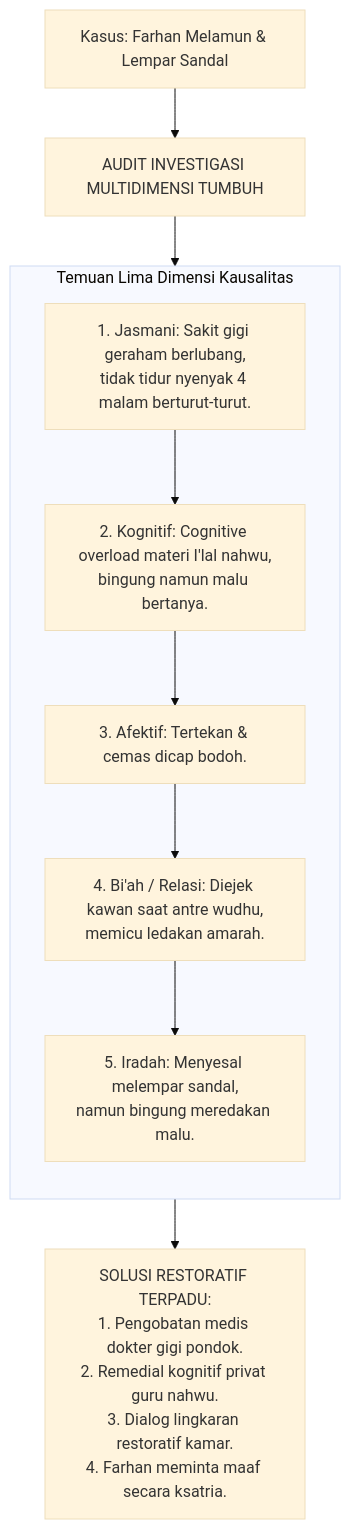
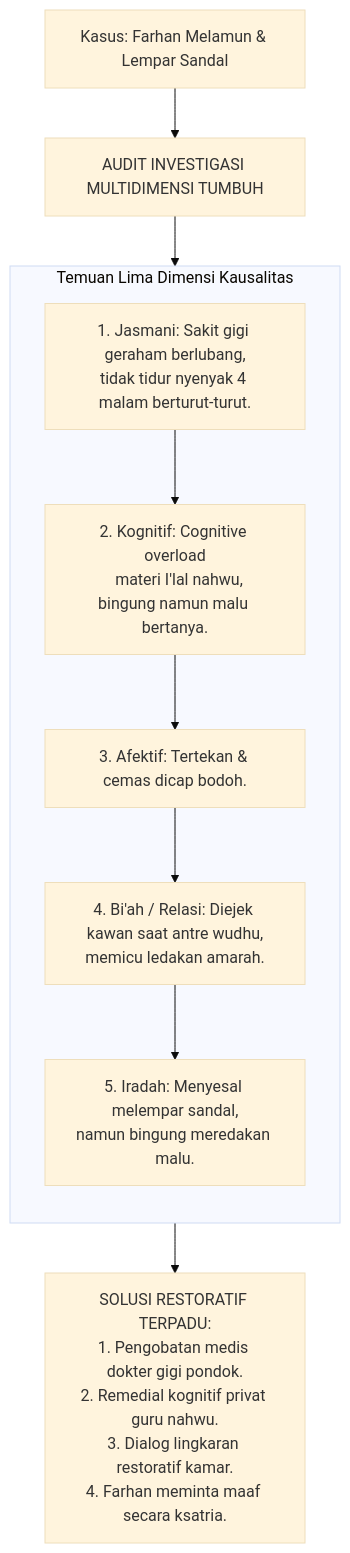
One commit to wandiapriliyandi/tumbuh changed the fifth of 6 diagrams in BOOK Series 1/01-The-Fundamental-of-TUMBUH/Bab-04-Antropologi-Jiwa-Santri-Hakikat-Fitrah-dan-Komponen-Kejiwaan.md. Above: the diagram before and after it, drawn with Mermaid (base theme). The commit also changed other lines of this file and 37 other files, not shown here.

Commit message:
fix(book-01): optimasi pemenggalan teks dan overflow seluruh diagram serta render ulang 20 PDF

````diff
--- a/BOOK Series 1/01-The-Fundamental-of-TUMBUH/Bab-04-Antropologi-Jiwa-Santri-Hakikat-Fitrah-dan-Komponen-Kejiwaan.md
+++ b/BOOK Series 1/01-The-Fundamental-of-TUMBUH/Bab-04-Antropologi-Jiwa-Santri-Hakikat-Fitrah-dan-Komponen-Kejiwaan.md
@@ -183,17 +183,17 @@
 ```mermaid
 graph TD
     M["Kasus: Farhan Melamun & Lempar Sandal"] --> U["AUDIT INVESTIGASI MULTIDIMENSI TUMBUH"]
     
     subgraph HASIL_AUDIT["Temuan Lima Dimensi Kausalitas"]
         direction TB
         F1["1. Jasmani: Sakit gigi geraham berlubang,<br/>tidak tidur nyenyak 4 malam berturut-turut."]
-        F2["2. Kognitif: Cognitive overload materi I'lal nahwu,<br/>bingung namun malu bertanya."]
+        F2["2. Kognitif: Cognitive overload<br/>  materi I'lal nahwu,<br/>bingung namun malu bertanya."]
         F3["3. Afektif: Tertekan & cemas dicap bodoh."]
         F4["4. Bi'ah / Relasi: Diejek kawan saat antre wudhu,<br/>memicu ledakan amarah."]
         F5["5. Iradah: Menyesal melempar sandal,<br/>namun bingung meredakan malu."]
         F1 --> F2 --> F3 --> F4 --> F5
     end
 
     U --> HASIL_AUDIT
     HASIL_AUDIT --> SOL["SOLUSI RESTORATIF TERPADU:<br/>1. Pengobatan medis dokter gigi pondok.<br/>2. Remedial kognitif privat guru nahwu.<br/>3. Dialog lingkaran restoratif kamar.<br/>4. Farhan meminta maaf secara ksatria."]
 ```
````
